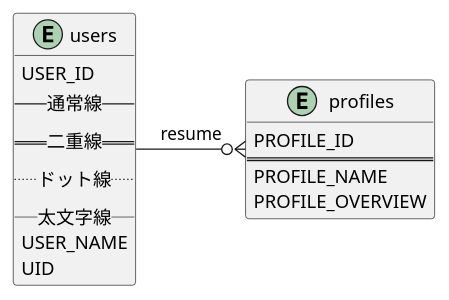
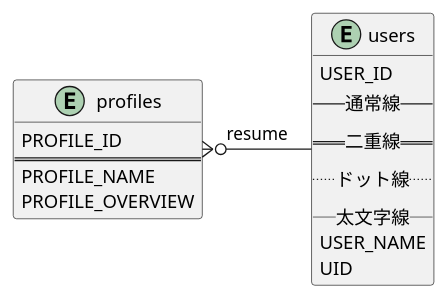
The diagram in example03.puml (masakinihirota/plantuml), drawn with PlantUML before and after one commit. The commit also changed 3 other files, not shown here.

```diff
--- a/example03.puml
+++ b/example03.puml
@@ -1,26 +1,29 @@
 @startuml example03
 
 entity users {
 USER_ID
 --通常線--
 ==二重線==
 ..ドット線..
 __太文字線__
 USER_NAME
 UID
 }
 
 entity profiles{
 PROFILE_ID
 '--
 ==
 PROFILE_NAME
 PROFILE_OVERVIEW
 }
 
-users --right--o{ profiles : resume
-' users --down--o{ profiles : resume
-' users --up--o{ profiles : resume
-' users --left--o{ profiles : resume
+' コメントアウトを利用して
+' ↓上下左右の位置に配置することを試せます。
+
+' users -right-o{ profiles : resume
+' users -down-o{ profiles : resume
+' users -up-o{ profiles : resume
+users -left-o{ profiles : resume
 
 @enduml
```
